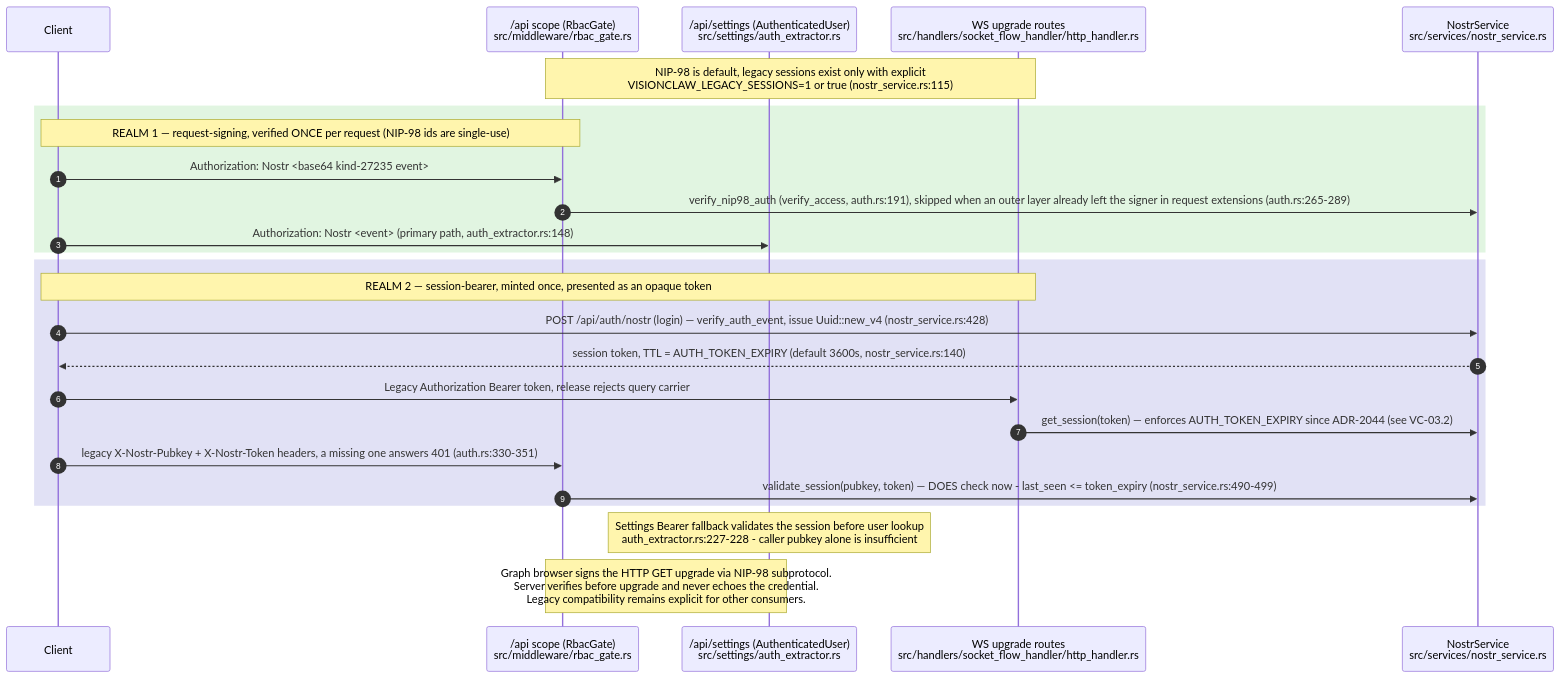
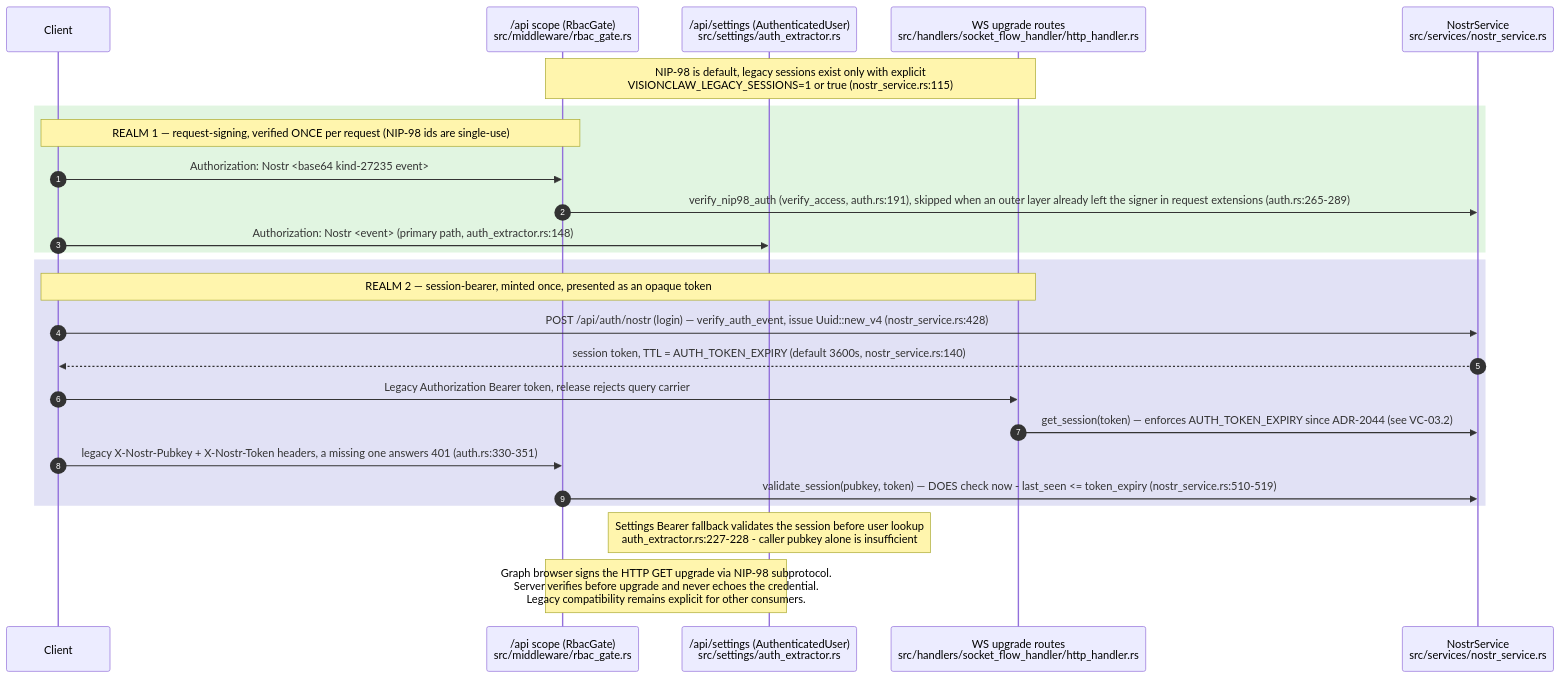
One commit to DreamLab-AI/VisionFlow changed the fifth of 14 diagrams in docs/diagrams/visionclaw/03-request-lifecycle-and-rbac.md. Above: the diagram before and after it, drawn with Mermaid. The commit also changed other lines of this file and 160 other files, not shown here.

````diff
--- a/docs/diagrams/visionclaw/03-request-lifecycle-and-rbac.md
+++ b/docs/diagrams/visionclaw/03-request-lifecycle-and-rbac.md
@@ -296,28 +299,28 @@
 ```mermaid
 sequenceDiagram
     autonumber
     participant C as Client
     participant API as /api scope (RbacGate)<br/>src/middleware/rbac_gate.rs
     participant SET as /api/settings (AuthenticatedUser)<br/>src/settings/auth_extractor.rs
     participant WSy as WS upgrade routes<br/>src/handlers/socket_flow_handler/http_handler.rs
     participant NS as NostrService<br/>src/services/nostr_service.rs
 
     Note over API,WSy: NIP-98 is default, legacy sessions exist only with explicit<br/>VISIONCLAW_LEGACY_SESSIONS=1 or true (nostr_service.rs:115)
     rect rgb(225,245,225)
     Note over C,API: REALM 1 — request-signing, verified ONCE per request (NIP-98 ids are single-use)
     C->>API: Authorization: Nostr <base64 kind-27235 event>
     API->>NS: verify_nip98_auth (verify_access, auth.rs:191), skipped when an outer layer already left the signer in request extensions (auth.rs:265-289)
     C->>SET: Authorization: Nostr <event> (primary path, auth_extractor.rs:148)
     end
     rect rgb(225,225,245)
     Note over C,WSy: REALM 2 — session-bearer, minted once, presented as an opaque token
     C->>NS: POST /api/auth/nostr (login) — verify_auth_event, issue Uuid::new_v4 (nostr_service.rs:428)
     NS-->>C: session token, TTL = AUTH_TOKEN_EXPIRY (default 3600s, nostr_service.rs:140)
     C->>WSy: Legacy Authorization Bearer token, release rejects query carrier
     WSy->>NS: get_session(token) — enforces AUTH_TOKEN_EXPIRY since ADR-2044 (see VC-03.2)
     C->>API: legacy X-Nostr-Pubkey + X-Nostr-Token headers, a missing one answers 401 (auth.rs:330-351)
-    API->>NS: validate_session(pubkey, token) — DOES check now - last_seen <= token_expiry (nostr_service.rs:490-499)
+    API->>NS: validate_session(pubkey, token) — DOES check now - last_seen <= token_expiry (nostr_service.rs:510-519)
     end
     Note over SET: Settings Bearer fallback validates the session before user lookup<br/>auth_extractor.rs:227-228 - caller pubkey alone is insufficient
     Note over API,SET: Graph browser signs the HTTP GET upgrade via NIP-98 subprotocol.<br/>Server verifies before upgrade and never echoes the credential.<br/>Legacy compatibility remains explicit for other consumers.
 ```
````
